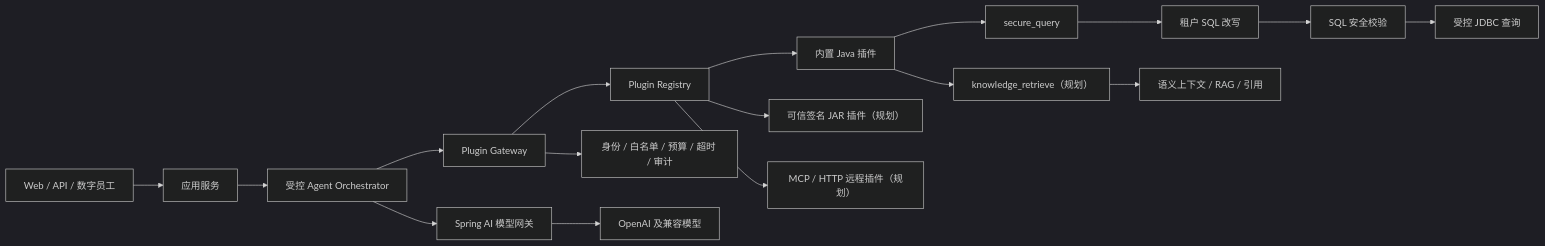
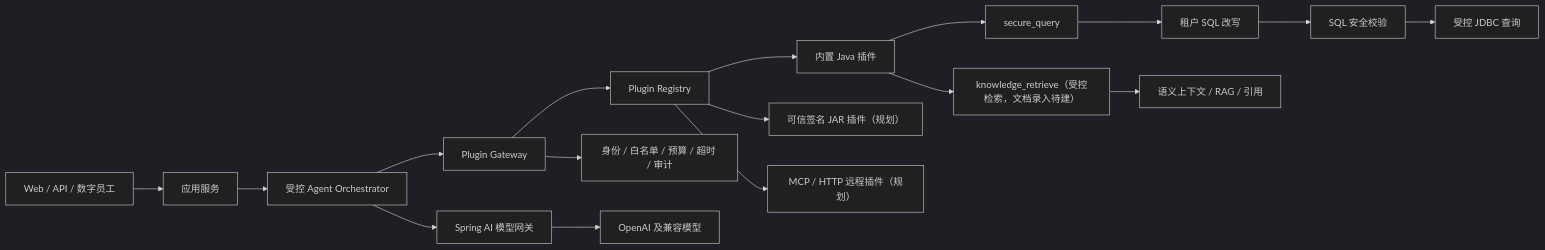
Before and after one commit to yuxiuliang/lingsql-engine: the first of 4 diagrams in docs/Agent插件底座架构.md, drawn with Mermaid (dark theme). The commit also changed other lines of this file and 24 other files, not shown here.

First line of the commit message:
feat(agent): knowledge_retrieve 受控检索接入 SQL 生成 (#25)

````diff
--- a/docs/Agent插件底座架构.md
+++ b/docs/Agent插件底座架构.md
@@ -26,23 +26,23 @@
 ```mermaid
 flowchart LR
     UI["Web / API / 数字员工"] --> APP["应用服务"]
     APP --> ORCH["受控 Agent Orchestrator"]
     ORCH --> GATE["Plugin Gateway"]
     GATE --> REG["Plugin Registry"]
     GATE --> POLICY["身份 / 白名单 / 预算 / 超时 / 审计"]
 
     REG --> BUILTIN["内置 Java 插件"]
     REG --> TRUSTED["可信签名 JAR 插件（规划）"]
     REG --> REMOTE["MCP / HTTP 远程插件（规划）"]
 
     BUILTIN --> SQL["secure_query"]
     SQL --> REWRITE["租户 SQL 改写"]
     REWRITE --> CHECK["SQL 安全校验"]
     CHECK --> JDBC["受控 JDBC 查询"]
 
-    BUILTIN --> KNOWLEDGE["knowledge_retrieve（规划）"]
+    BUILTIN --> KNOWLEDGE["knowledge_retrieve（受控检索，文档录入待建）"]
     KNOWLEDGE --> SEMANTIC["语义上下文 / RAG / 引用"]
 
     ORCH --> MODEL["Spring AI 模型网关"]
     MODEL --> PROVIDER["OpenAI 及兼容模型"]
 ```
````
